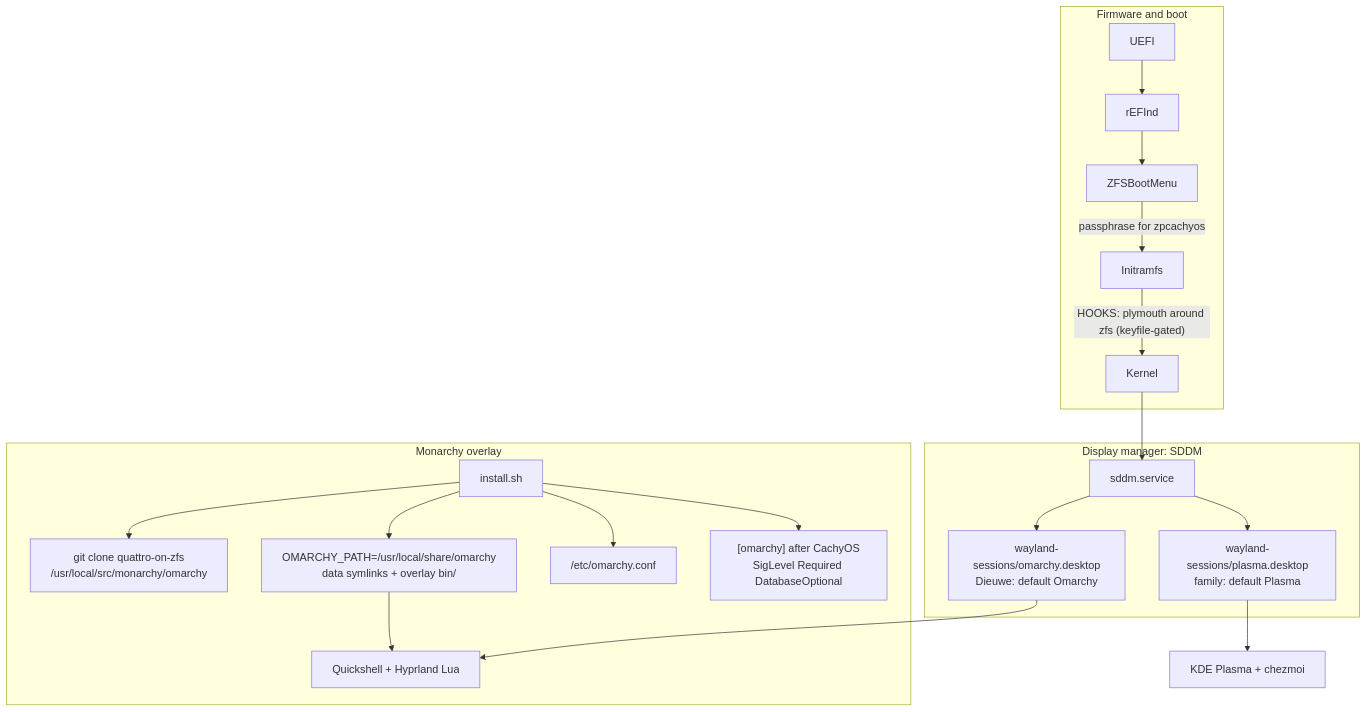
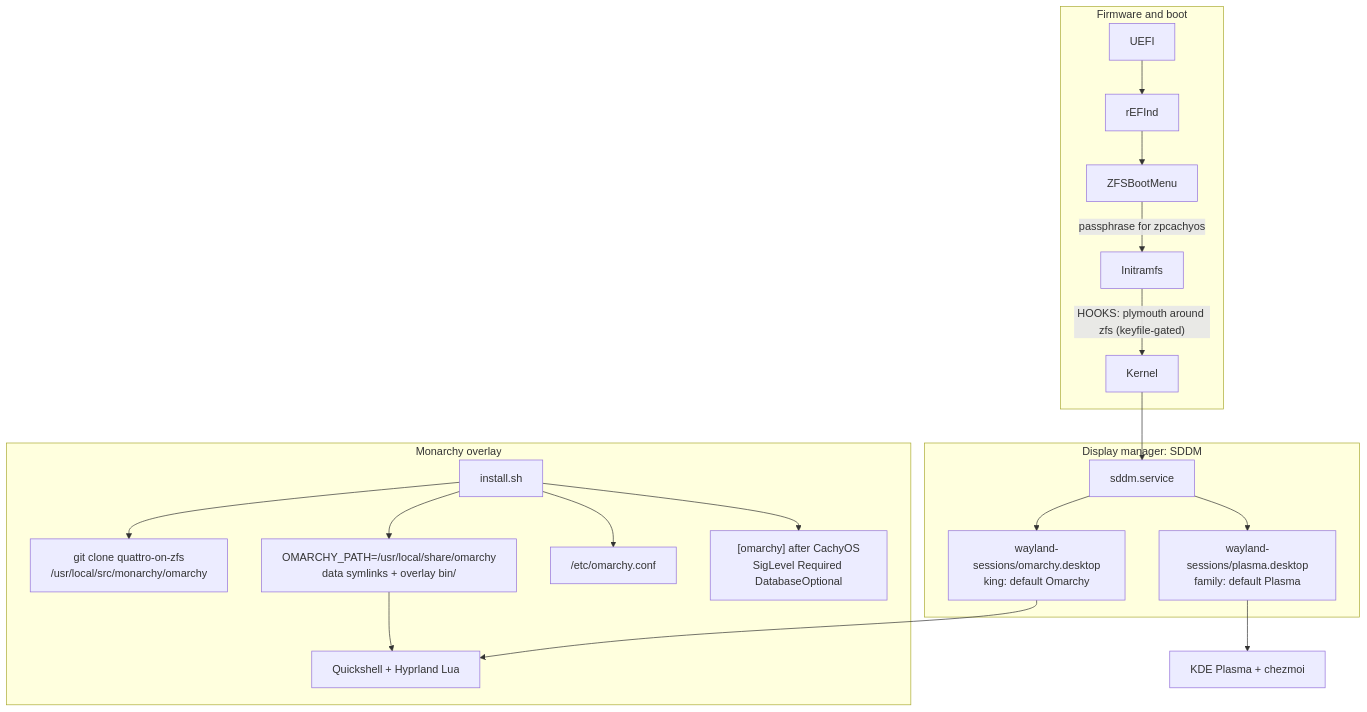
Before and after one commit to dieuwedeboer/dotfiles: the first of 2 diagrams in docs/monarchy.md, drawn with Mermaid. The commit also changed other lines of this file and 11 other files, not shown here.

````diff
--- a/docs/monarchy.md
+++ b/docs/monarchy.md
@@ -27,31 +27,31 @@
 ```mermaid
 flowchart TB
   subgraph boot [Firmware and boot]
     UEFI --> rEFInd
     rEFInd --> ZBM[ZFSBootMenu]
     ZBM -->|"passphrase for zpcachyos"| Initramfs
     Initramfs -->|"HOOKS: plymouth around zfs (keyfile-gated)"| Kernel
   end
 
   subgraph dm [Display manager: SDDM]
     Kernel --> SDDM[sddm.service]
     SDDM --> PlasmaSession["wayland-sessions/plasma.desktop<br/>family: default Plasma"]
-    SDDM --> OmarchySession["wayland-sessions/omarchy.desktop<br/>Dieuwe: default Omarchy"]
+    SDDM --> OmarchySession["wayland-sessions/omarchy.desktop<br/>king: default Omarchy"]
   end
 
   subgraph overlay [Monarchy overlay]
     Bridge["install.sh"]
     Clone["git clone quattro-on-zfs<br/>/usr/local/src/monarchy/omarchy"]
     Work["OMARCHY_PATH=/usr/local/share/omarchy<br/>data symlinks + overlay bin/"]
     Conf["/etc/omarchy.conf"]
     Repo["[omarchy] after CachyOS<br/>SigLevel Required DatabaseOptional"]
     Bridge --> Clone
     Bridge --> Work
     Bridge --> Conf
     Bridge --> Repo
     OmarchySession --> QS[Quickshell + Hyprland Lua]
     Work --> QS
   end
 
   PlasmaSession --> KDE[KDE Plasma + chezmoi]
 ```
````
